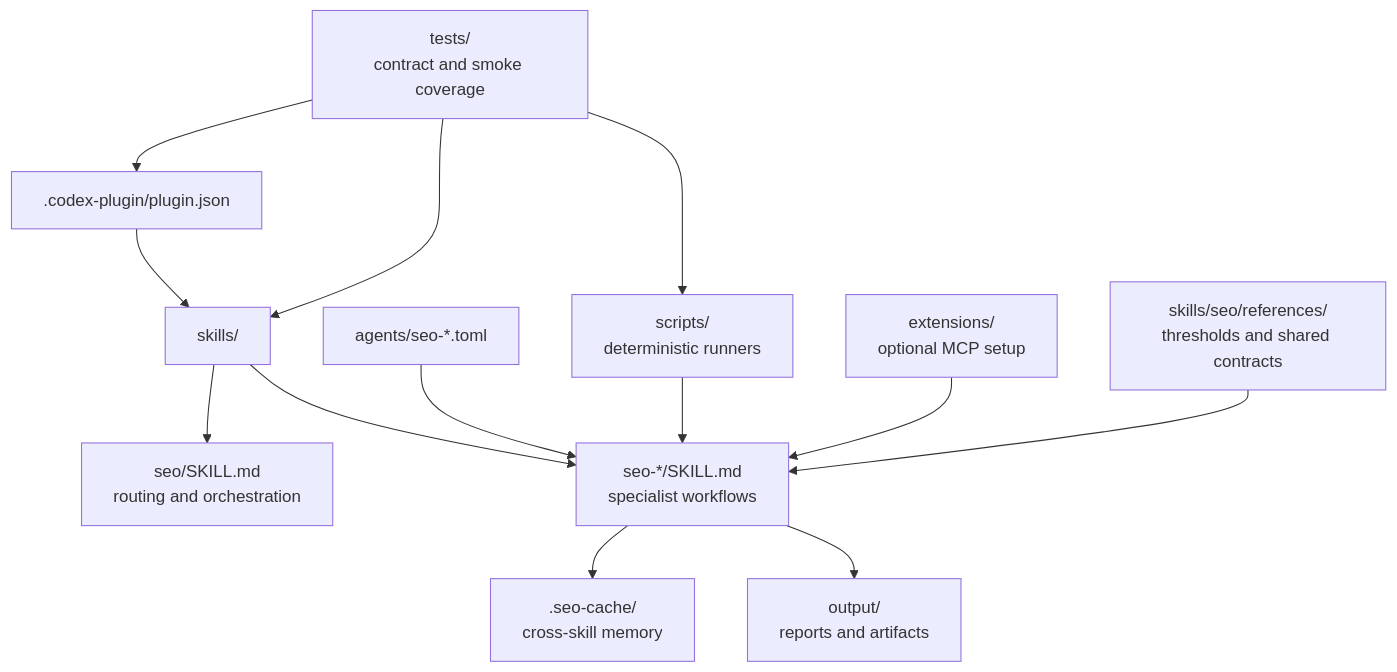
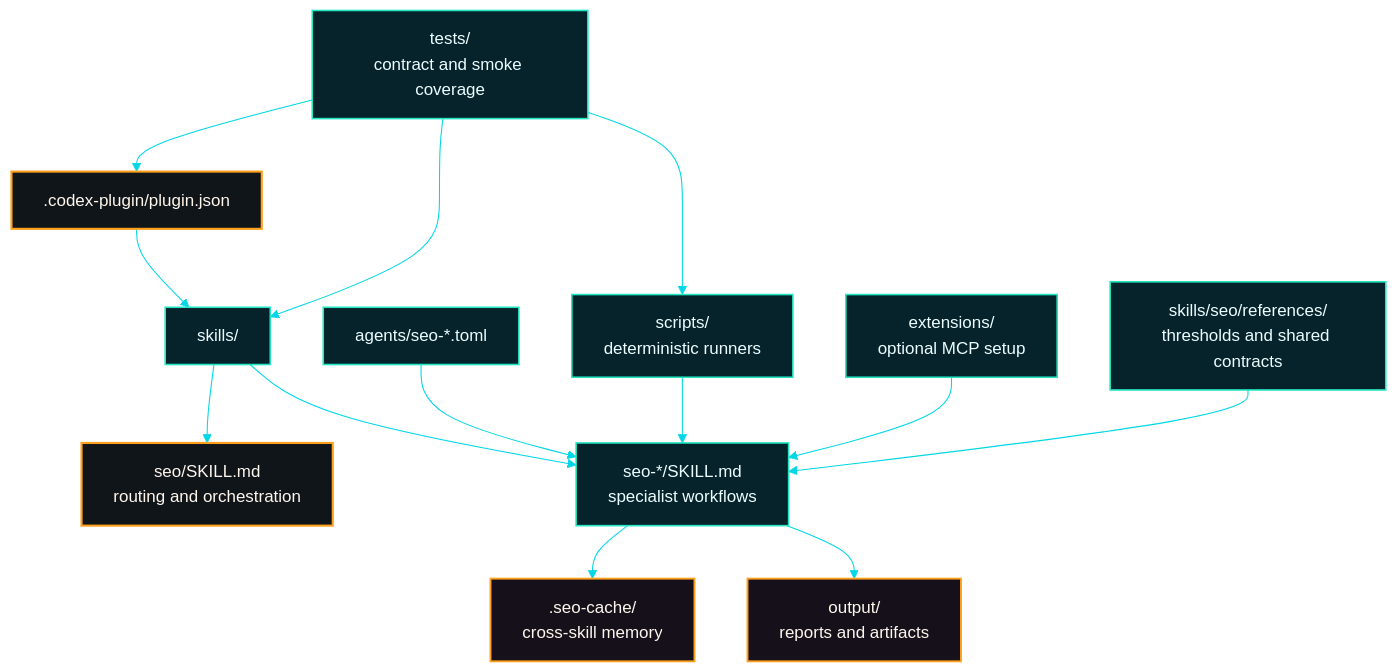
The sixth of 6 diagrams in README.md (AgriciDaniel/codex-seo), drawn with Mermaid before and after one commit. The commit also changed other lines of this file, not shown here.

Commit message:
Style README diagrams with cover palette

````diff
--- a/README.md
+++ b/README.md
@@ -356,15 +389,23 @@
 ```mermaid
+%%{init: {"theme":"base","themeVariables":{"background":"#05080d","primaryColor":"#07131c","primaryTextColor":"#f5fbff","primaryBorderColor":"#00d7e6","lineColor":"#00d7e6","secondaryColor":"#06222a","tertiaryColor":"#ff9f1c","edgeLabelBackground":"#05080d","fontFamily":"Inter, ui-sans-serif, system-ui, sans-serif"}}}%%
 flowchart TB
   manifest[".codex-plugin/plugin.json"] --> skillsRoot["skills/"]
   skillsRoot --> orchestrator["seo/SKILL.md<br/>routing and orchestration"]
   skillsRoot --> specialists["seo-*/SKILL.md<br/>specialist workflows"]
   agentsDir["agents/seo-*.toml"] --> specialists
   scriptsDir["scripts/<br/>deterministic runners"] --> specialists
   extensionsDir["extensions/<br/>optional MCP setup"] --> specialists
   references["skills/seo/references/<br/>thresholds and shared contracts"] --> specialists
   specialists --> cacheDir[".seo-cache/<br/>cross-skill memory"]
   specialists --> outputDir["output/<br/>reports and artifacts"]
   testsDir["tests/<br/>contract and smoke coverage"] --> manifest
   testsDir --> skillsRoot
   testsDir --> scriptsDir
+  class manifest,orchestrator accent
+  class skillsRoot,specialists,agentsDir,scriptsDir,extensionsDir,references,testsDir data
+  class cacheDir,outputDir output
+  classDef default fill:#07131c,stroke:#00d7e6,color:#f5fbff,stroke-width:1.4px
+  classDef accent fill:#10151a,stroke:#ff9f1c,color:#fff7ed,stroke-width:2px
+  classDef data fill:#06222a,stroke:#21e6c1,color:#ecfeff,stroke-width:1.5px
+  classDef output fill:#15101a,stroke:#ff9f1c,color:#fff7ed,stroke-width:1.8px
 ```
````
